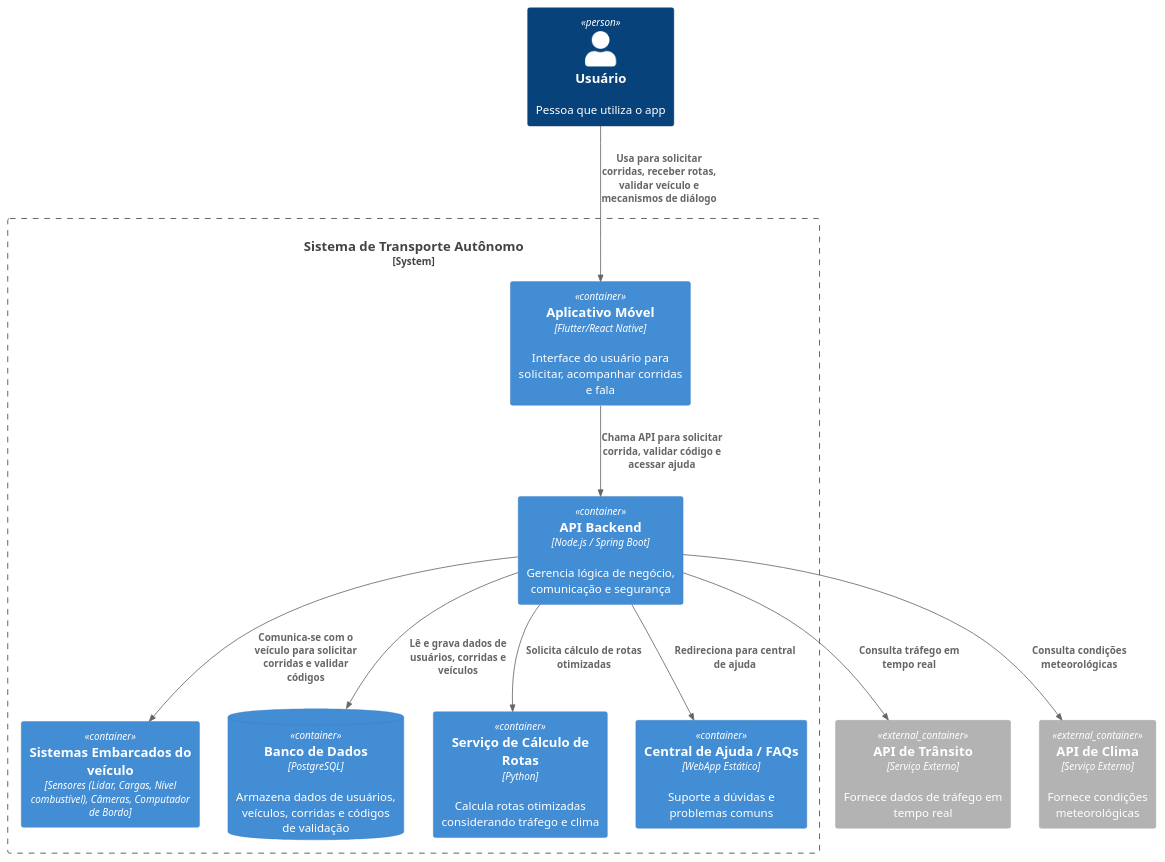
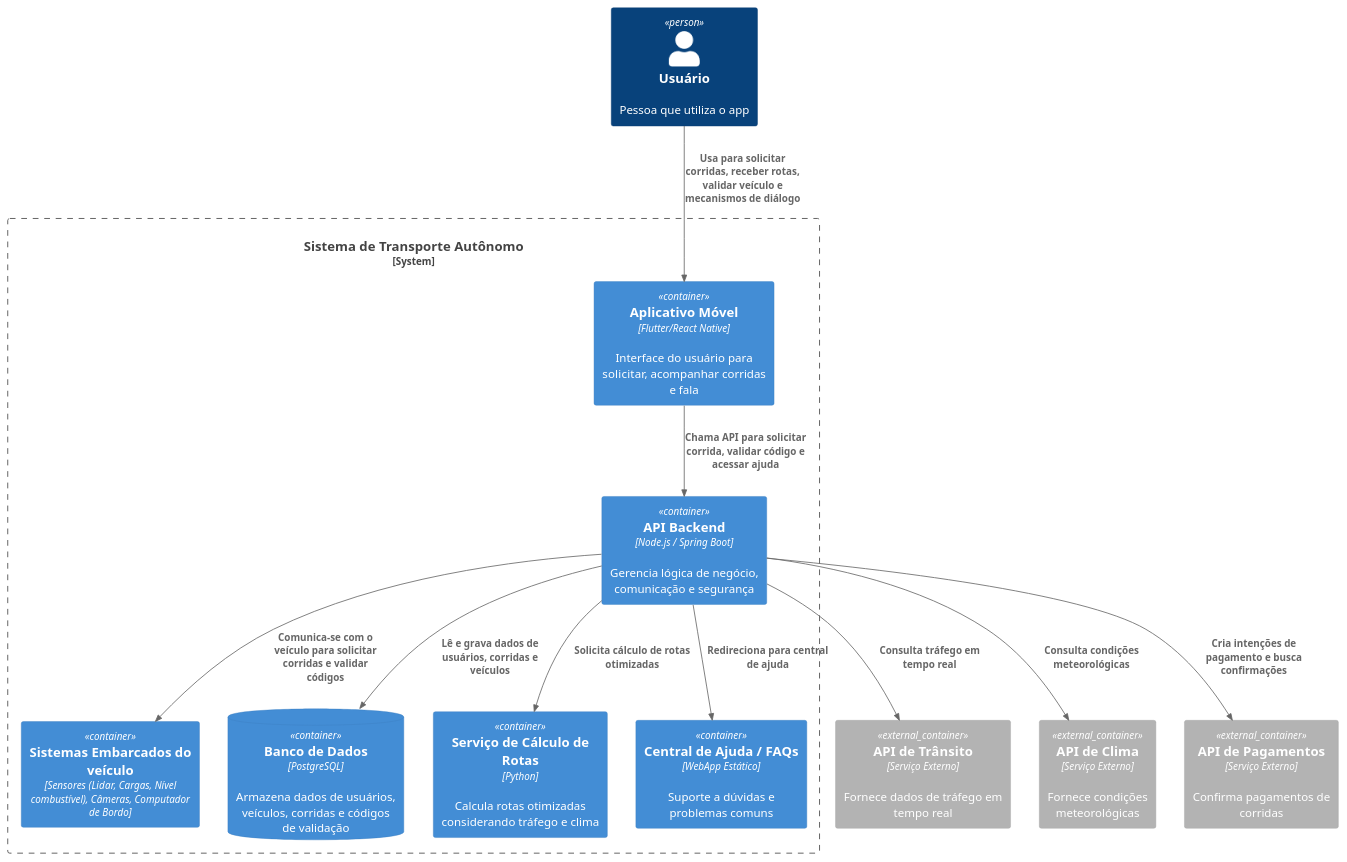
The diagram in trabalho_final/Diagramas (Iteraçao final)/container.puml (gilmarUFG/as_es_20251_g6), drawn with PlantUML before and after one commit. The commit also changed 1 other file, not shown here.

Commit message:
feat: update componentes.puml and container.puml to include payment API and enhance system interactions

```diff
--- a/trabalho_final/Diagramas (Iteraçao final)/container.puml
+++ b/trabalho_final/Diagramas (Iteraçao final)/container.puml
@@ -1,27 +1,29 @@
 @startuml
 !include https://raw.githubusercontent.com/plantuml-stdlib/C4-PlantUML/master/C4_Container.puml
 
 Person(usuario, "Usuário", "Pessoa que utiliza o app")
 System_Boundary(sistema, "Sistema de Transporte Autônomo") {
   Container(appMobile, "Aplicativo Móvel", "Flutter/React Native", "Interface do usuário para solicitar, acompanhar corridas e fala ")
   Container(veiculo, "Sistemas Embarcados do veículo", "Sensores (Lidar, Cargas, Nível combustível), Câmeras, Computador de Bordo")
   Container(apiBackend, "API Backend", "Node.js / Spring Boot", "Gerencia lógica de negócio, comunicação e segurança")
   ContainerDb(bancoDeDados, "Banco de Dados", "PostgreSQL", "Armazena dados de usuários, veículos, corridas e códigos de validação")
   Container(servicoRotas, "Serviço de Cálculo de Rotas", "Python", "Calcula rotas otimizadas considerando tráfego e clima")
   Container(faqAjuda, "Central de Ajuda / FAQs", "WebApp Estático", "Suporte a dúvidas e problemas comuns")
 }
 
 Container_Ext(apiTrafego, "API de Trânsito", "Serviço Externo", "Fornece dados de tráfego em tempo real")
 Container_Ext(apiClima, "API de Clima", "Serviço Externo", "Fornece condições meteorológicas")
+Container_Ext(apiPagamentos, "API de Pagamentos", "Serviço Externo", "Confirma pagamentos de corridas")
 
 
 Rel(usuario, appMobile, "Usa para solicitar corridas, receber rotas, validar veículo e mecanismos de diálogo")
 Rel(apiBackend, veiculo, "Comunica-se com o veículo para solicitar corridas e validar códigos")
 Rel(appMobile, apiBackend, "Chama API para solicitar corrida, validar código e acessar ajuda")
 Rel(apiBackend, bancoDeDados, "Lê e grava dados de usuários, corridas e veículos")
 Rel(apiBackend, servicoRotas, "Solicita cálculo de rotas otimizadas")
 Rel(apiBackend, faqAjuda, "Redireciona para central de ajuda")
 Rel(apiBackend, apiTrafego, "Consulta tráfego em tempo real")
 Rel(apiBackend, apiClima, "Consulta condições meteorológicas")
+Rel(apiBackend, apiPagamentos, "Cria intenções de pagamento e busca confirmações")
 
 @enduml
```
